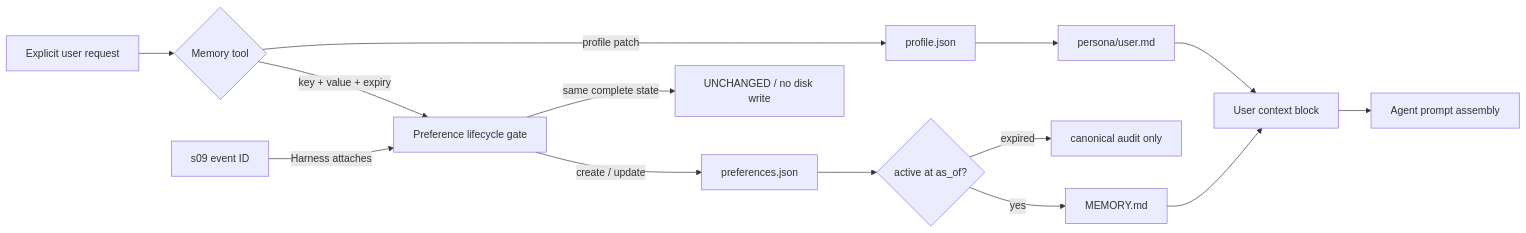
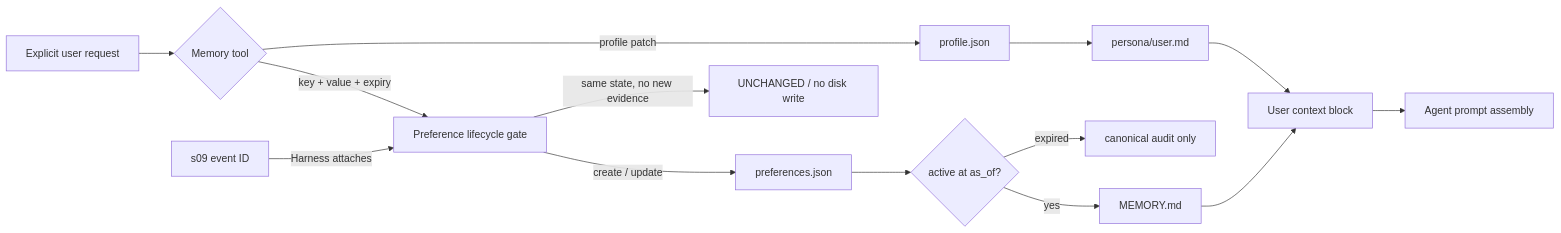
One commit to Zenquan/learn-workbuddy changed the diagram in s11_user_memory/README.md. Above: the diagram before and after it, drawn with Mermaid. The commit also changed other lines of this file and 3 other files, not shown here.

````diff
--- a/s11_user_memory/README.md
+++ b/s11_user_memory/README.md
@@ -46,16 +46,16 @@
 ```mermaid
 flowchart LR
     U["Explicit user request"] --> T{"Memory tool"}
     T -->|"profile patch"| P["profile.json"]
     T -->|"key + value + expiry"| D["Preference lifecycle gate"]
     E["s09 event ID"] -->|"Harness attaches"| D
     D -->|"create / update"| J["preferences.json"]
-    D -->|"same complete state"| N["UNCHANGED / no disk write"]
+    D -->|"same state, no new evidence"| N["UNCHANGED / no disk write"]
     J --> G{"active at as_of?"}
     G -->|"yes"| MP["MEMORY.md"]
     G -->|"expired"| H["canonical audit only"]
     P --> UP["persona/user.md"]
     UP --> C["User context block"]
     MP --> C
     C --> A["Agent prompt assembly"]
 ```
````
